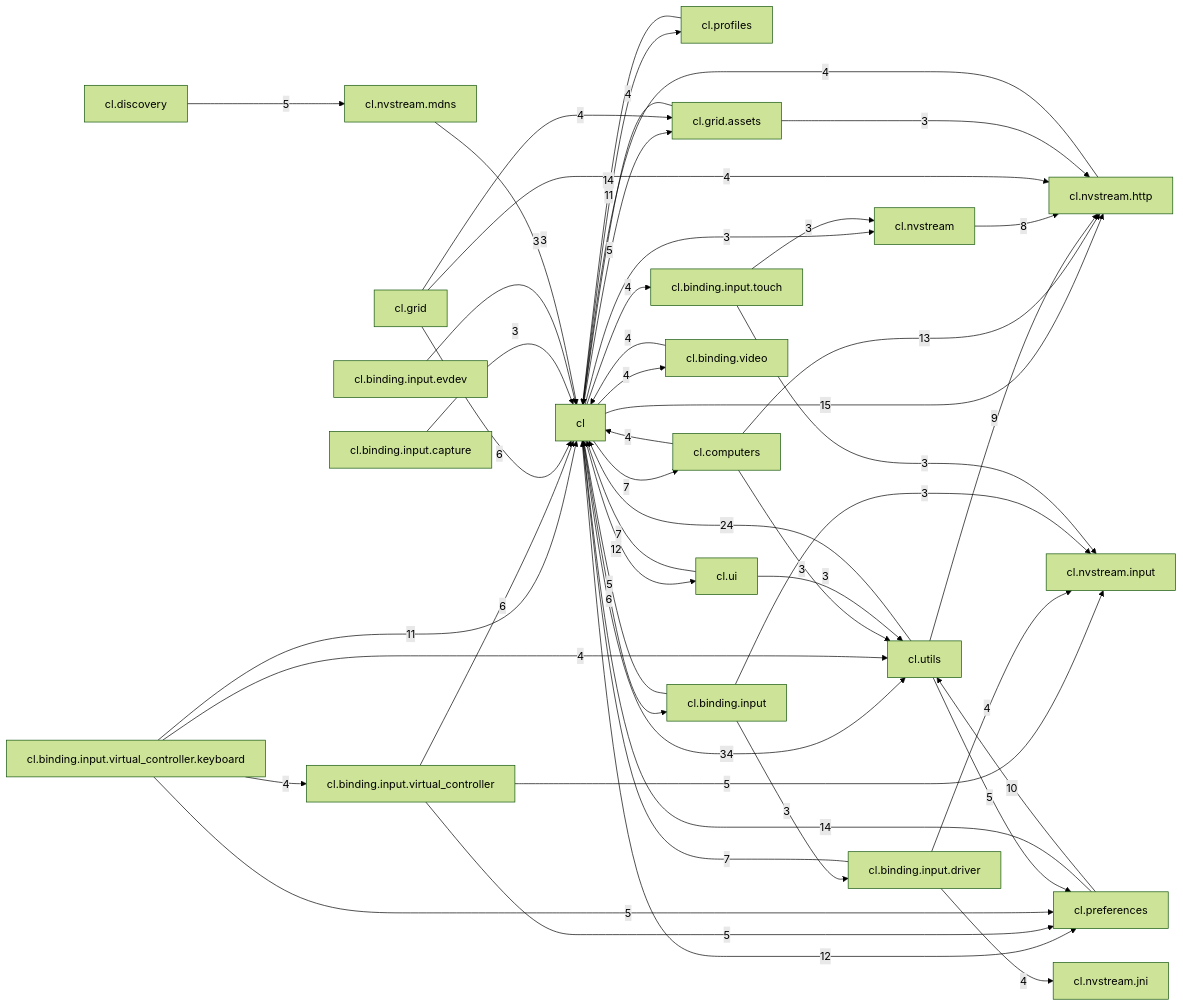
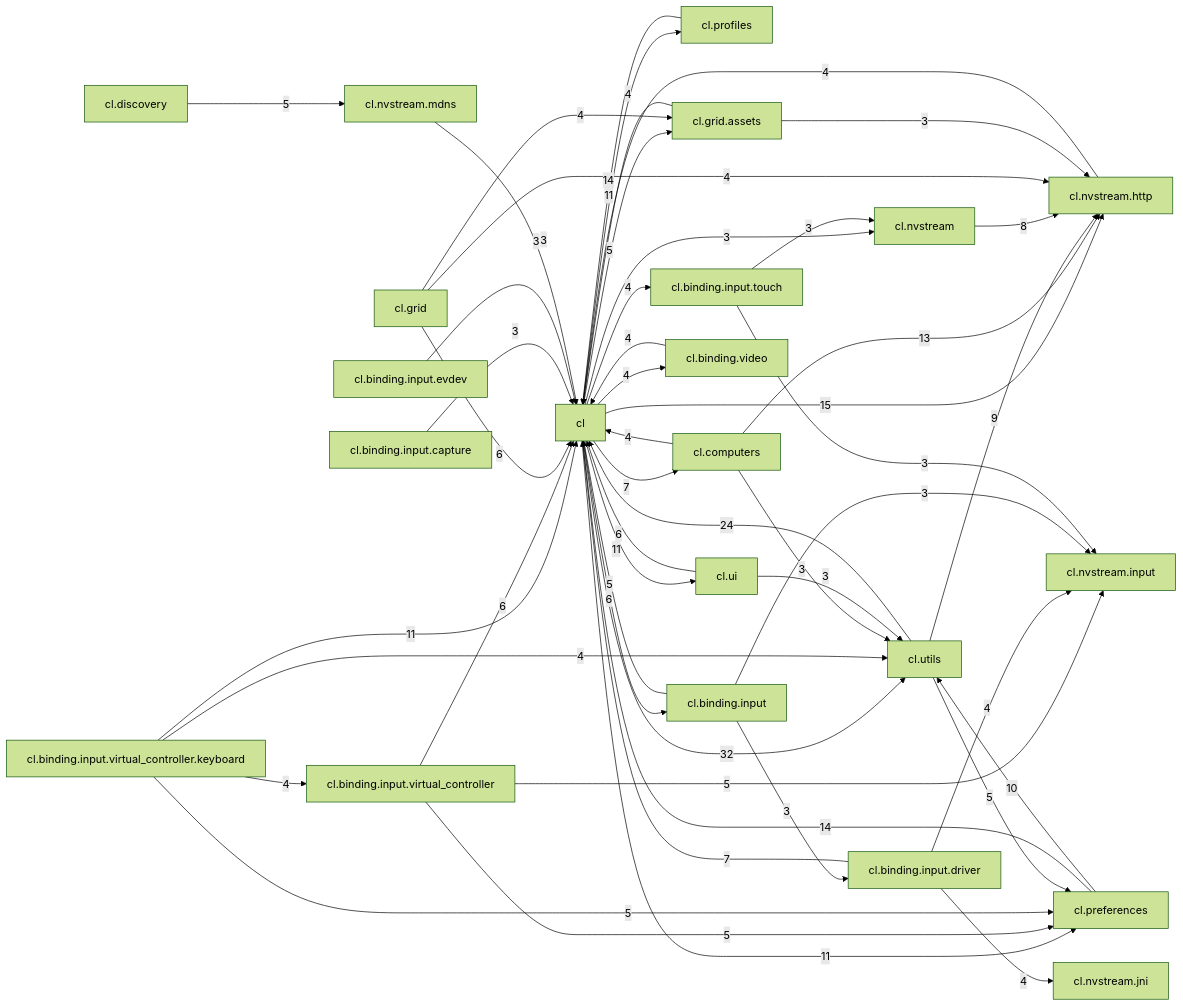
The diagram in docs/maps/DEPENDENCY_GRAPH.md (Rafael-CN/vibe-artemis), drawn with Mermaid (forest theme) before and after one commit. The commit also changed other lines of this file and 4 other files, not shown here.

````diff
--- a/docs/maps/DEPENDENCY_GRAPH.md
+++ b/docs/maps/DEPENDENCY_GRAPH.md
@@ -46,52 +46,52 @@
 ```mermaid
 graph LR
-  cl["cl"] -->|34| cl_utils["cl.utils"]
+  cl["cl"] -->|32| cl_utils["cl.utils"]
   cl_utils["cl.utils"] -->|24| cl["cl"]
   cl["cl"] -->|15| cl_nvstream_http["cl.nvstream.http"]
   cl_preferences["cl.preferences"] -->|14| cl["cl"]
   cl_profiles["cl.profiles"] -->|14| cl["cl"]
   cl_computers["cl.computers"] -->|13| cl_nvstream_http["cl.nvstream.http"]
-  cl["cl"] -->|12| cl_preferences["cl.preferences"]
-  cl["cl"] -->|12| cl_ui["cl.ui"]
+  cl["cl"] -->|11| cl_preferences["cl.preferences"]
   cl["cl"] -->|11| cl_profiles["cl.profiles"]
+  cl["cl"] -->|11| cl_ui["cl.ui"]
   cl_binding_input_virtual_controller_keyboard["cl.binding.input.virtual_controller.keyboard"] -->|11| cl["cl"]
   cl_preferences["cl.preferences"] -->|10| cl_utils["cl.utils"]
   cl_utils["cl.utils"] -->|9| cl_nvstream_http["cl.nvstream.http"]
   cl_nvstream["cl.nvstream"] -->|8| cl_nvstream_http["cl.nvstream.http"]
   cl["cl"] -->|7| cl_computers["cl.computers"]
   cl_binding_input_driver["cl.binding.input.driver"] -->|7| cl["cl"]
-  cl_ui["cl.ui"] -->|7| cl["cl"]
   cl["cl"] -->|6| cl_binding_input["cl.binding.input"]
   cl_binding_input_virtual_controller["cl.binding.input.virtual_controller"] -->|6| cl["cl"]
   cl_grid["cl.grid"] -->|6| cl["cl"]
+  cl_ui["cl.ui"] -->|6| cl["cl"]
   cl["cl"] -->|5| cl_grid_assets["cl.grid.assets"]
   cl_binding_input["cl.binding.input"] -->|5| cl["cl"]
   cl_binding_input_virtual_controller["cl.binding.input.virtual_controller"] -->|5| cl_preferences["cl.preferences"]
   cl_binding_input_virtual_controller["cl.binding.input.virtual_controller"] -->|5| cl_nvstream_input["cl.nvstream.input"]
   cl_binding_input_virtual_controller_keyboard["cl.binding.input.virtual_controller.keyboard"] -->|5| cl_preferences["cl.preferences"]
   cl_discovery["cl.discovery"] -->|5| cl_nvstream_mdns["cl.nvstream.mdns"]
   cl_utils["cl.utils"] -->|5| cl_preferences["cl.preferences"]
   cl["cl"] -->|4| cl_binding_input_touch["cl.binding.input.touch"]
   cl["cl"] -->|4| cl_binding_video["cl.binding.video"]
   cl_binding_input_driver["cl.binding.input.driver"] -->|4| cl_nvstream_jni["cl.nvstream.jni"]
   cl_binding_input_driver["cl.binding.input.driver"] -->|4| cl_nvstream_input["cl.nvstream.input"]
   cl_binding_input_virtual_controller_keyboard["cl.binding.input.virtual_controller.keyboard"] -->|4| cl_binding_input_virtual_controller["cl.binding.input.virtual_controller"]
   cl_binding_input_virtual_controller_keyboard["cl.binding.input.virtual_controller.keyboard"] -->|4| cl_utils["cl.utils"]
   cl_binding_video["cl.binding.video"] -->|4| cl["cl"]
   cl_computers["cl.computers"] -->|4| cl["cl"]
   cl_grid["cl.grid"] -->|4| cl_nvstream_http["cl.nvstream.http"]
   cl_grid["cl.grid"] -->|4| cl_grid_assets["cl.grid.assets"]
   cl_grid_assets["cl.grid.assets"] -->|4| cl["cl"]
   cl_nvstream_http["cl.nvstream.http"] -->|4| cl["cl"]
   cl["cl"] -->|3| cl_nvstream["cl.nvstream"]
   cl_binding_input["cl.binding.input"] -->|3| cl_binding_input_driver["cl.binding.input.driver"]
   cl_binding_input["cl.binding.input"] -->|3| cl_nvstream_input["cl.nvstream.input"]
   cl_binding_input_capture["cl.binding.input.capture"] -->|3| cl["cl"]
   cl_binding_input_evdev["cl.binding.input.evdev"] -->|3| cl["cl"]
   cl_binding_input_touch["cl.binding.input.touch"] -->|3| cl_nvstream["cl.nvstream"]
   cl_binding_input_touch["cl.binding.input.touch"] -->|3| cl_nvstream_input["cl.nvstream.input"]
   cl_computers["cl.computers"] -->|3| cl_utils["cl.utils"]
   cl_grid_assets["cl.grid.assets"] -->|3| cl_nvstream_http["cl.nvstream.http"]
   cl_nvstream_mdns["cl.nvstream.mdns"] -->|3| cl["cl"]
   cl_ui["cl.ui"] -->|3| cl_utils["cl.utils"]
 ```
````
